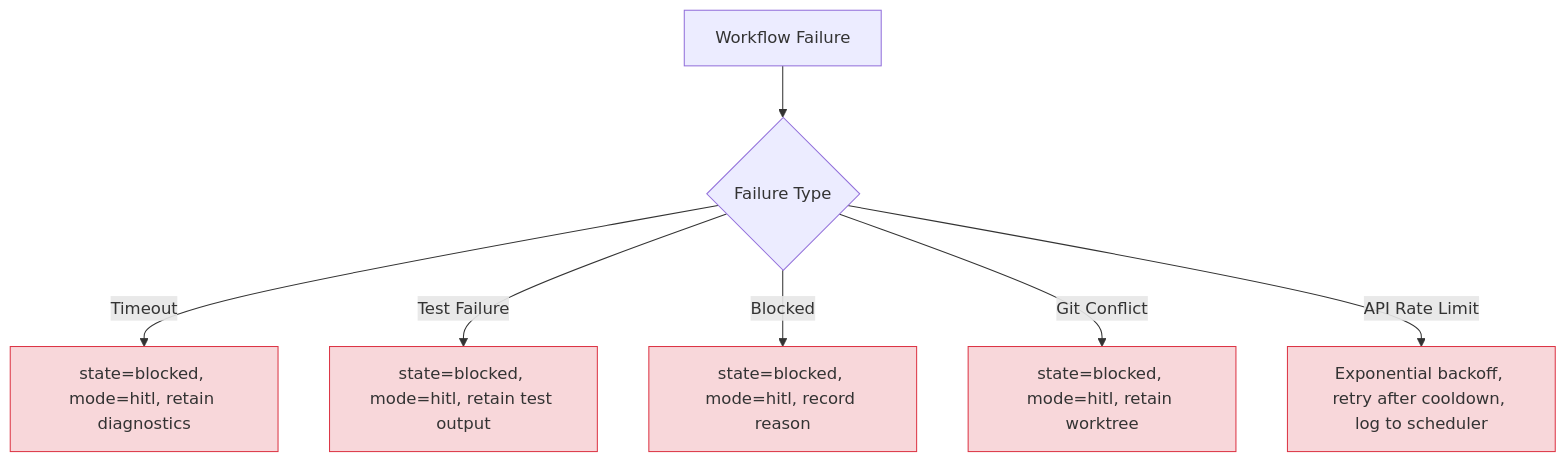
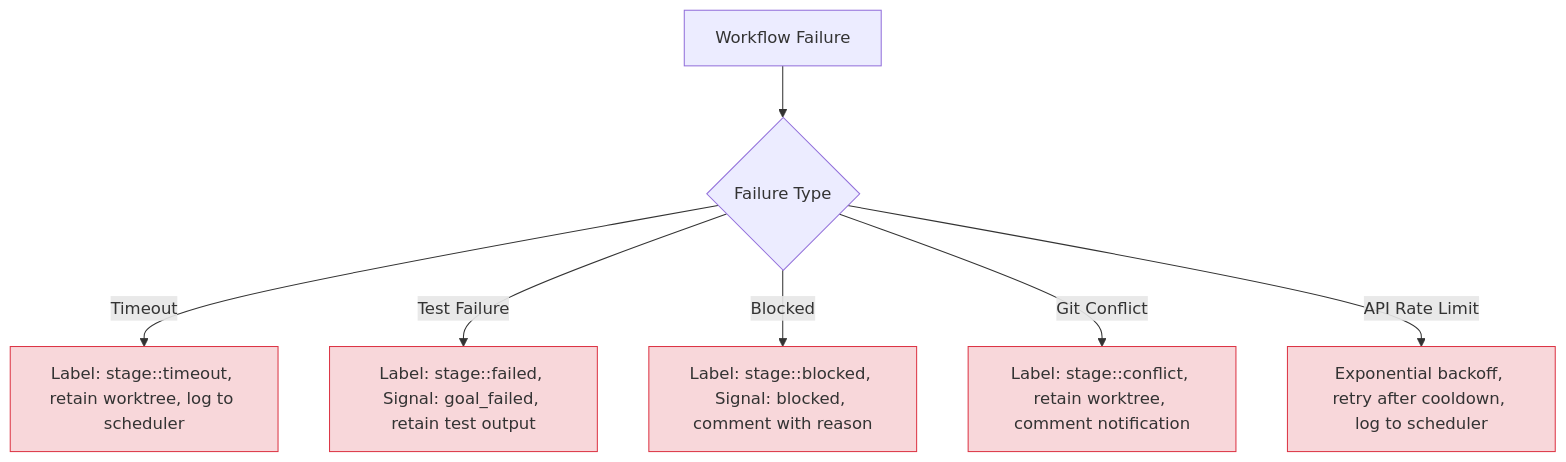
Before and after one commit to easyhaloo/afk: the seventh of 9 diagrams in docs/WORKFLOWS.md, drawn with Mermaid. The commit also changed other lines of this file and 291 other files, not shown here.

````diff
--- a/docs/WORKFLOWS.md
+++ b/docs/WORKFLOWS.md
@@ -495,13 +415,13 @@
 ```mermaid
 graph TD
     Fail[Workflow Failure] --> Type{Failure Type}
 
-    Type -->|Timeout| Timeout["state=blocked, mode=hitl, retain diagnostics"]
-    Type -->|Test Failure| TestFail["state=blocked, mode=hitl, retain test output"]
-    Type -->|Blocked| Blocked["state=blocked, mode=hitl, record reason"]
-    Type -->|Git Conflict| Conflict["state=blocked, mode=hitl, retain worktree"]
+    Type -->|Timeout| Timeout["Label: stage::timeout, retain worktree, log to scheduler"]
+    Type -->|Test Failure| TestFail["Label: stage::failed, Signal: goal_failed, retain test output"]
+    Type -->|Blocked| Blocked["Label: stage::blocked, Signal: blocked, comment with reason"]
+    Type -->|Git Conflict| Conflict["Label: stage::conflict, retain worktree, comment notification"]
     Type -->|API Rate Limit| RateLimit["Exponential backoff, retry after cooldown, log to scheduler"]
 
     classDef error fill:#f8d7da,stroke:#dc3545
     class Timeout,TestFail,Blocked,Conflict,RateLimit error
 ```
````
